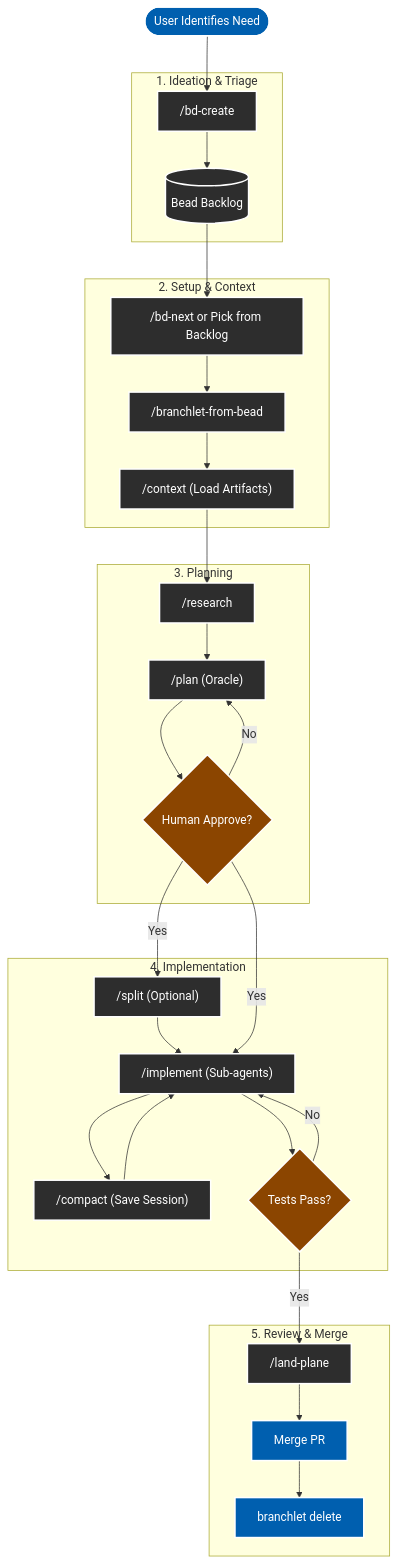
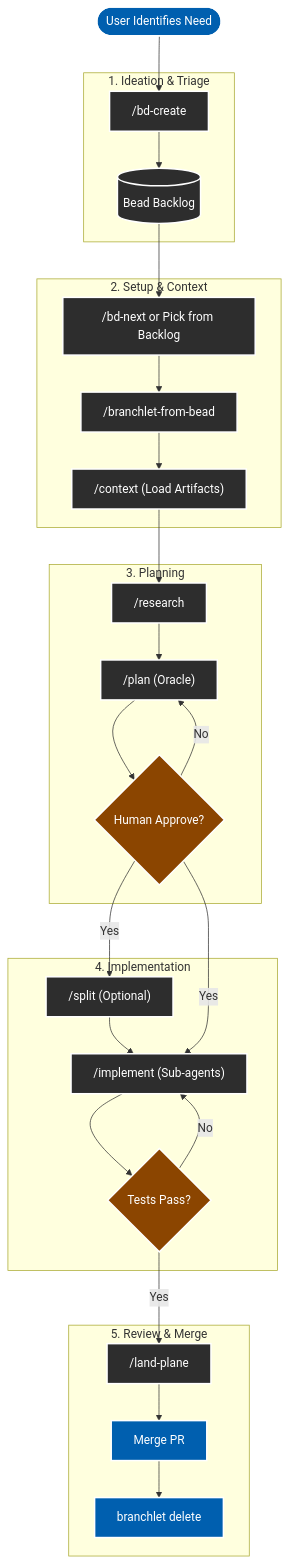
The diagram in AGENTIC_WORKFLOW.md (jveko/amp-maestro), drawn with Mermaid before and after one commit. The commit also changed other lines of this file and 5 other files, not shown here.

````diff
--- a/AGENTIC_WORKFLOW.md
+++ b/AGENTIC_WORKFLOW.md
@@ -5,60 +5,57 @@
 ```mermaid
 graph TD
     %% Styling for Dark Mode readability
     classDef default fill:#2d2d2d,stroke:#fff,stroke-width:2px,color:#fff;
     classDef decision fill:#8b4500,stroke:#fff,stroke-width:2px,color:#fff;
     classDef startend fill:#005faf,stroke:#fff,stroke-width:2px,color:#fff;
 
     Start([User Identifies Need]) --> Ideation
     
     subgraph "1. Ideation & Triage"
         Ideation["/bd-create"]
         Backlog[("Bead Backlog")]
     end
     Ideation --> Backlog
     
     subgraph "2. Setup & Context"
         PickWork["/bd-next or Pick from Backlog"]
         Worktree["/branchlet-from-bead"]
         Context["/context (Load Artifacts)"]
     end
     Backlog --> PickWork
     PickWork --> Worktree
     Worktree --> Context
     
     subgraph "3. Planning"
         Research["/research"]
         Plan["/plan (Oracle)"]
         Approve{Human Approve?}
     end
     Context --> Research
     Research --> Plan
     Plan --> Approve
     Approve -- No --> Plan
     
     subgraph "4. Implementation"
         Split["/split (Optional)"]
         Implement["/implement (Sub-agents)"]
-        Compact["/compact (Save Session)"]
         Verify{Tests Pass?}
     end
     Approve -- Yes --> Split
     Split --> Implement
     Approve -- Yes --> Implement
-    Implement --> Compact
-    Compact --> Implement
     Implement --> Verify
     Verify -- No --> Implement
     
     subgraph "5. Review & Merge"
         Land["/land-plane"]
         Merge[Merge PR]
         Cleanup["branchlet delete"]
     end
     Verify -- Yes --> Land
     Land --> Merge
     Merge --> Cleanup
     
     class Start,Merge,Cleanup startend;
     class Approve,Verify decision;
 ```
````
